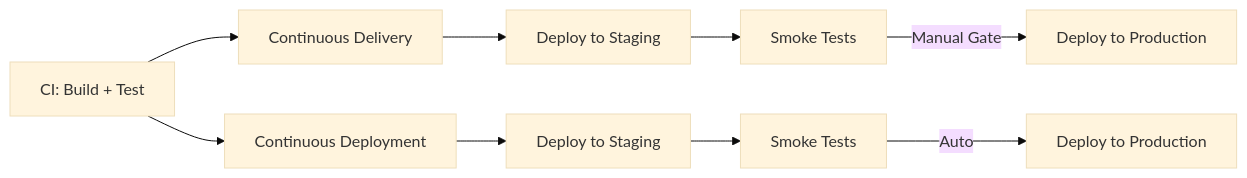
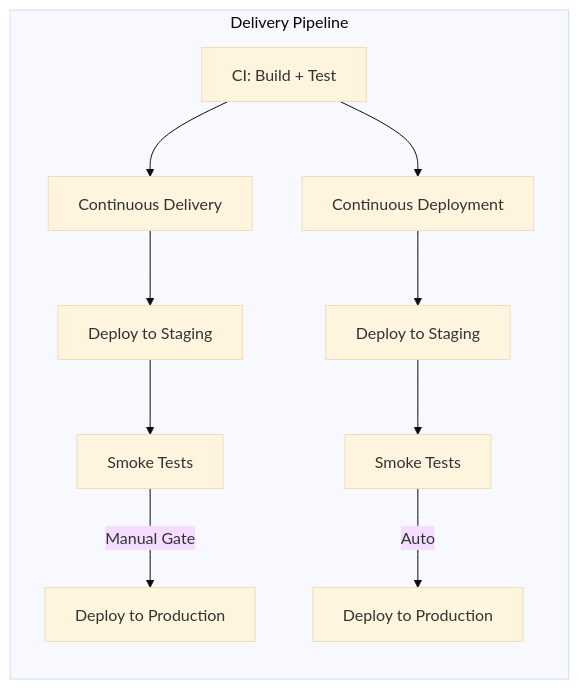
Before and after one commit to Raushan666java/ai-engineering-journey: the third of 6 diagrams in docs/courses/software-engineering/12-devops-cicd.md, drawn with Mermaid (base theme). The commit also changed other lines of this file and 15 other files, not shown here.

Commit message:
deploy: software-engineering overhaul - 16 chapters expanded to avg 1284L (+7649L), richer Mermaid, more TS, deeper content

````diff
--- a/docs/courses/software-engineering/12-devops-cicd.md
+++ b/docs/courses/software-engineering/12-devops-cicd.md
@@ -84,12 +115,14 @@
 ```mermaid
 graph LR
-    CI[CI: Build + Test] --> CD[Continuous Delivery]
-    CD --> STG[Deploy to Staging]
-    STG --> SMOKE[Smoke Tests]
-    SMOKE -->|Manual Gate| PROD[Deploy to Production]
-    
-    CI --> CDEPLOY[Continuous Deployment]
-    CDEPLOY --> STG2[Deploy to Staging]
-    STG2 --> SMOKE2[Smoke Tests]
-    SMOKE2 -->|Auto| PROD2[Deploy to Production]
+    subgraph "Delivery Pipeline"
+        CI[CI: Build + Test] --> CD[Continuous Delivery]
+        CD --> STG[Deploy to Staging]
+        STG --> SMOKE[Smoke Tests]
+        SMOKE -->|Manual Gate| PROD[Deploy to Production]
+        
+        CI --> CDEPLOY[Continuous Deployment]
+        CDEPLOY --> STG2[Deploy to Staging]
+        STG2 --> SMOKE2[Smoke Tests]
+        SMOKE2 -->|Auto| PROD2[Deploy to Production]
+    end
 ```
````
